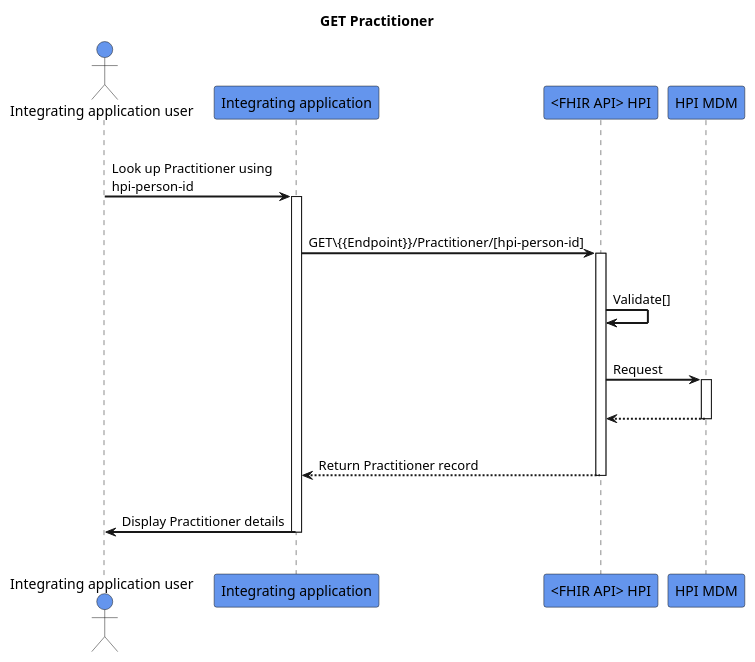
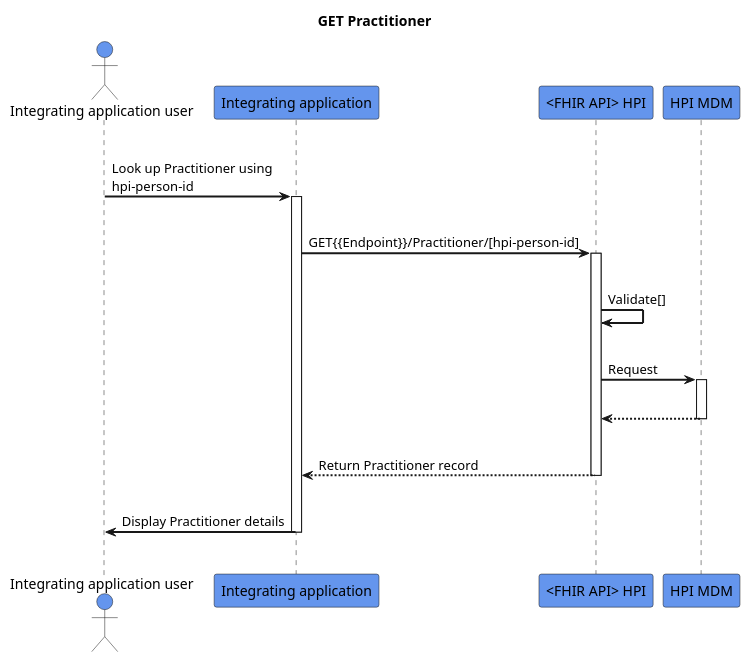
Before and after one commit to HL7NZ/hpi: the diagram in input/images-source/get-practitioner.plantuml, drawn with PlantUML.

```diff
--- a/input/images-source/get-practitioner.plantuml
+++ b/input/images-source/get-practitioner.plantuml
@@ -1,32 +1,32 @@
 @startuml
 skinparam sequenceArrowThickness 2
 skinparam roundcorner 5
 skinparam maxmessagesize 180
 skinparam sequenceParticipant bold
 title GET Practitioner
 actor "Integrating application user" as User #CornflowerBlue
 participant "Integrating application" as A #CornflowerBlue
 participant "<FHIR API> HPI" as B #CornflowerBlue
 participant "HPI MDM" as C #CornflowerBlue
 |||
 User -> A: Look up Practitioner using hpi-person-id
 activate A
 |||
-A -> B: GET\{{Endpoint}}/Practitioner/[hpi-person-id]
+A -> B: GET{{Endpoint}}/Practitioner/[hpi-person-id]
 activate B
 |||
 B -> B: Validate[]
 |||
 B -> C: Request
 activate C
 |||
 C -[dashed]-> B:  
 deactivate C
 |||
 B -[dashed]-> A:Return Practitioner record
 deactivate B
 |||
 A -> User: Display Practitioner details
 deactivate A
 |||
 @enduml
```
